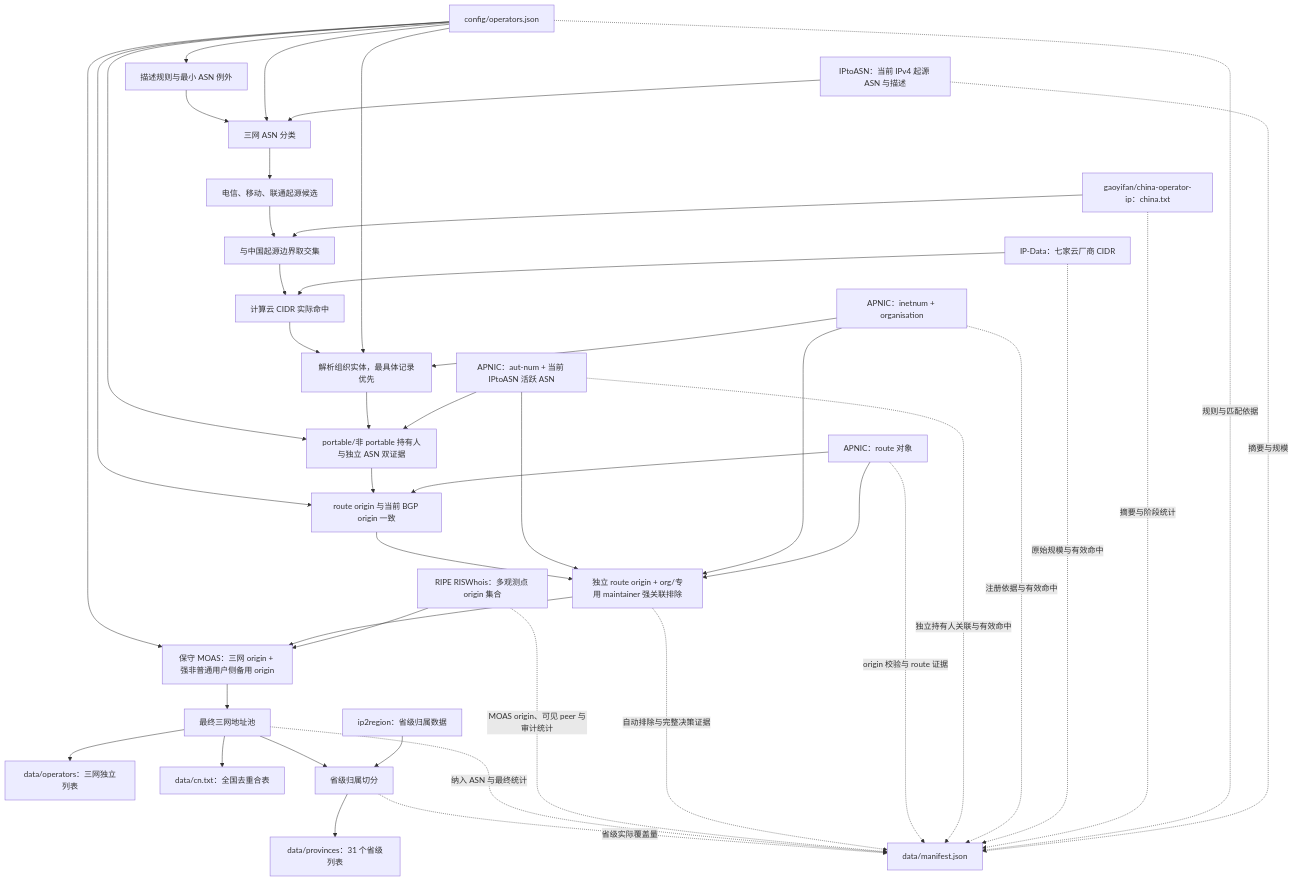
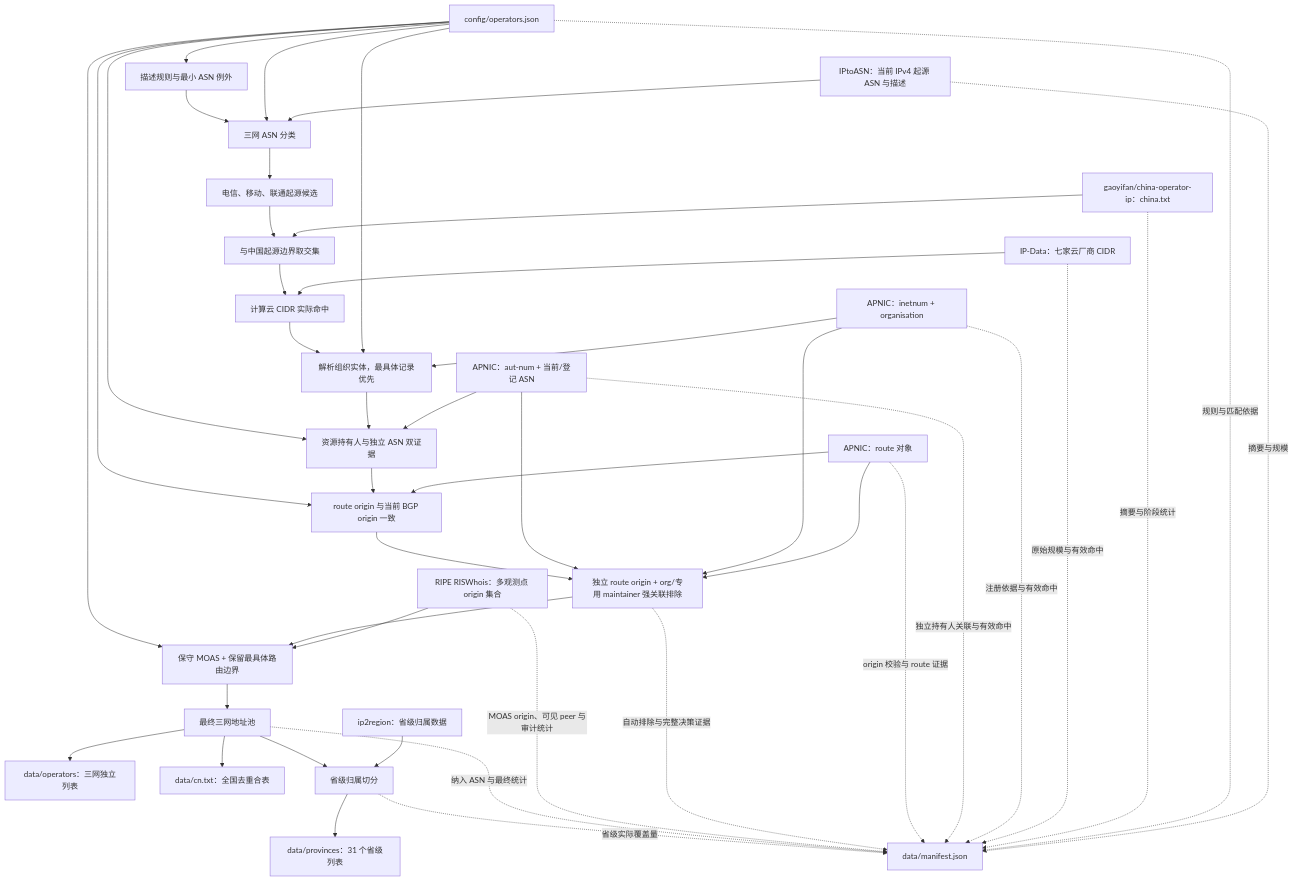
The diagram in README.md (closur3/cn-eyeball-prefixes), drawn with Mermaid before and after one commit. The commit also changed other lines of this file and 9 other files, not shown here.

````diff
--- a/README.md
+++ b/README.md
@@ -11,50 +11,50 @@
 ```mermaid
 flowchart TD
     A["IPtoASN：当前 IPv4 起源 ASN 与描述"] --> B["三网 ASN 分类"]
     C["config/operators.json"] --> B
     C --> D["描述规则与最小 ASN 例外"]
     D --> B
     B --> E["电信、移动、联通起源候选"]
 
     F["gaoyifan/china-operator-ip：china.txt"] --> G["与中国起源边界取交集"]
     E --> G
 
     H["IP-Data：七家云厂商 CIDR"] --> I["计算云 CIDR 实际命中"]
     G --> I
     Q["APNIC：inetnum + organisation"] --> R["解析组织实体，最具体记录优先"]
     C --> R
     I --> R
-    W["APNIC：aut-num + 当前 IPtoASN 活跃 ASN"] --> X["portable/非 portable 持有人与独立 ASN 双证据"]
+    W["APNIC：aut-num + 当前/登记 ASN"] --> X["资源持有人与独立 ASN 双证据"]
     R --> X
     C --> X
     S["APNIC：route 对象"] --> T["route origin 与当前 BGP origin 一致"]
     X --> T
     C --> T
     S --> Y["独立 route origin + org/专用 maintainer 强关联排除"]
     Q --> Y
     W --> Y
-    U["RIPE RISWhois：多观测点 origin 集合"] --> V["保守 MOAS：三网 origin + 强非普通用户侧备用 origin"]
+    U["RIPE RISWhois：多观测点 origin 集合"] --> V["保守 MOAS + 保留最具体路由边界"]
     T --> Y
     Y --> V
     C --> V
     V --> J["最终三网地址池"]
 
     J --> K["data/operators：三网独立列表"]
     J --> L["data/cn.txt：全国去重合表"]
 
     M["ip2region：省级归属数据"] --> N["省级归属切分"]
     J --> N
     N --> O["data/provinces：31 个省级列表"]
 
     A -. "摘要与规模" .-> P["data/manifest.json"]
     C -. "规则与匹配依据" .-> P
     F -. "摘要与阶段统计" .-> P
     H -. "原始规模与有效命中" .-> P
     Q -. "注册依据与有效命中" .-> P
     W -. "独立持有人关联与有效命中" .-> P
     S -. "origin 校验与 route 证据" .-> P
     Y -. "自动排除与完整决策证据" .-> P
     U -. "MOAS origin、可见 peer 与审计统计" .-> P
     J -. "纳入 ASN 与最终统计" .-> P
     N -. "省级实际覆盖量" .-> P
 ```
````
